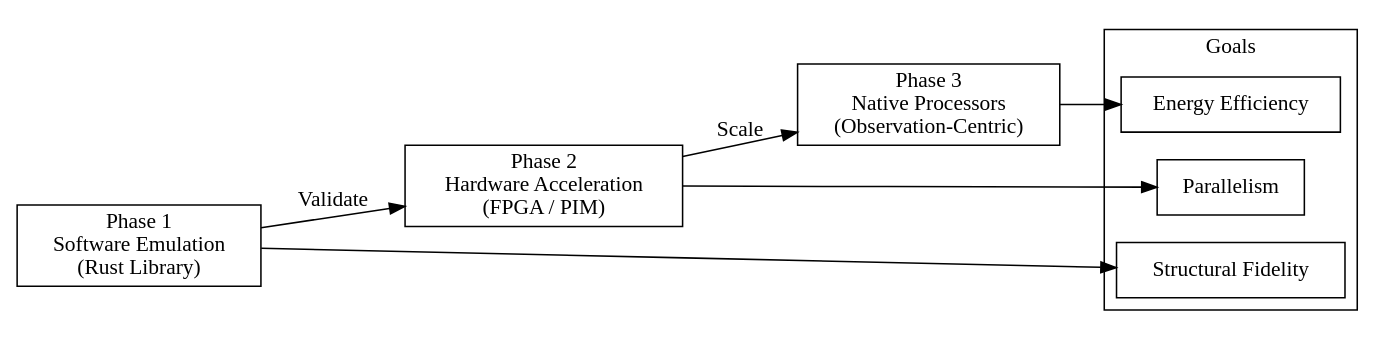
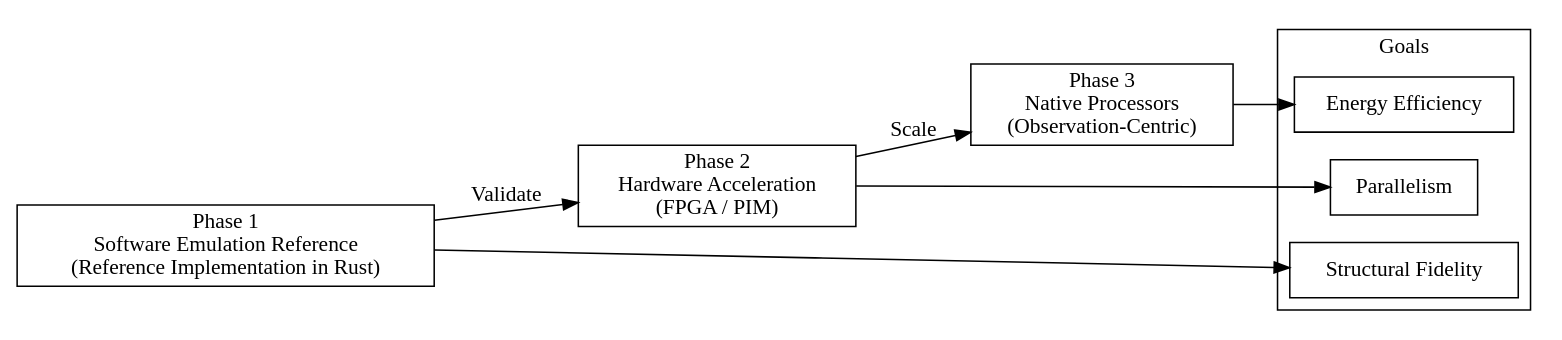
The sixth of 6 diagrams in docs/Whitepaper.qmd (ssccsorg/ssccs), drawn with Graphviz before and after one commit. The commit also changed other lines of this file and 15 other files, not shown here.

````diff
--- a/docs/Whitepaper.qmd
+++ b/docs/Whitepaper.qmd
@@ -440,26 +571,26 @@
 ```{dot}
 //| label: fig-roadmap
 //| fig-cap: "Implementation roadmap: three research phases"
 digraph Implementation_Roadmap {
     rankdir=LR;
     node [shape=rect];
     
-    Phase1 [label="Phase 1\nSoftware Emulation\n(Rust Library)"];
+    Phase1 [label="Phase 1\nSoftware Emulation Reference\n(Reference Implementation in Rust)"];
     Phase2 [label="Phase 2\nHardware Acceleration\n(FPGA / PIM)"];
     Phase3 [label="Phase 3\nNative Processors\n(Observation-Centric)"];
     
     Phase1 -> Phase2 [label="Validate"];
     Phase2 -> Phase3 [label="Scale"];
     
     subgraph cluster_goals {
         label="Goals";
         G1 [label="Structural Fidelity"];
         G2 [label="Parallelism"];
         G3 [label="Energy Efficiency"];
     }
     
     Phase1 -> G1;
     Phase2 -> G2;
     Phase3 -> G3;
 }
 ```
````
